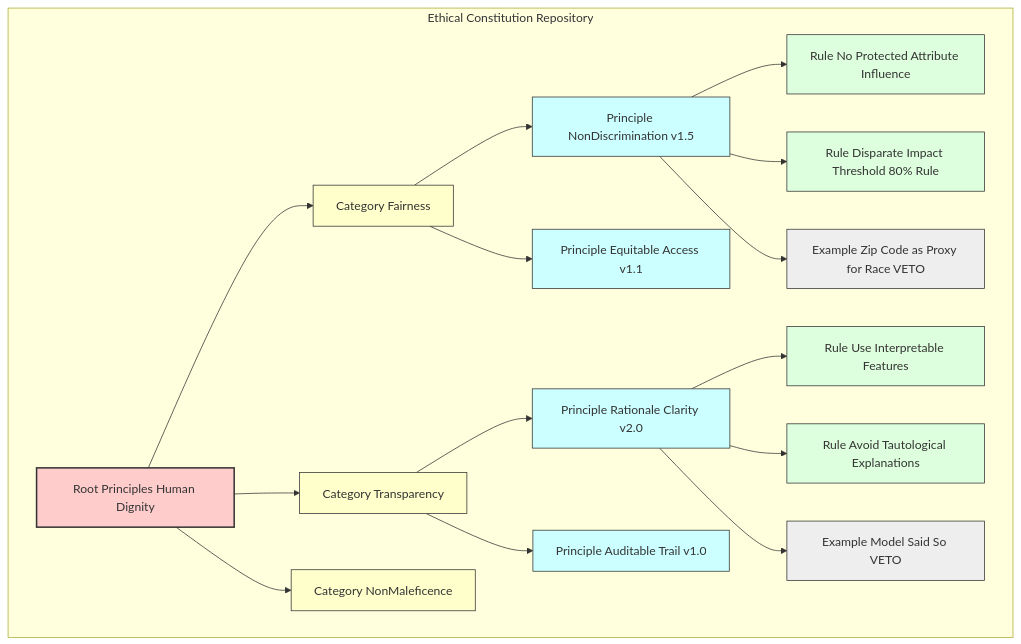
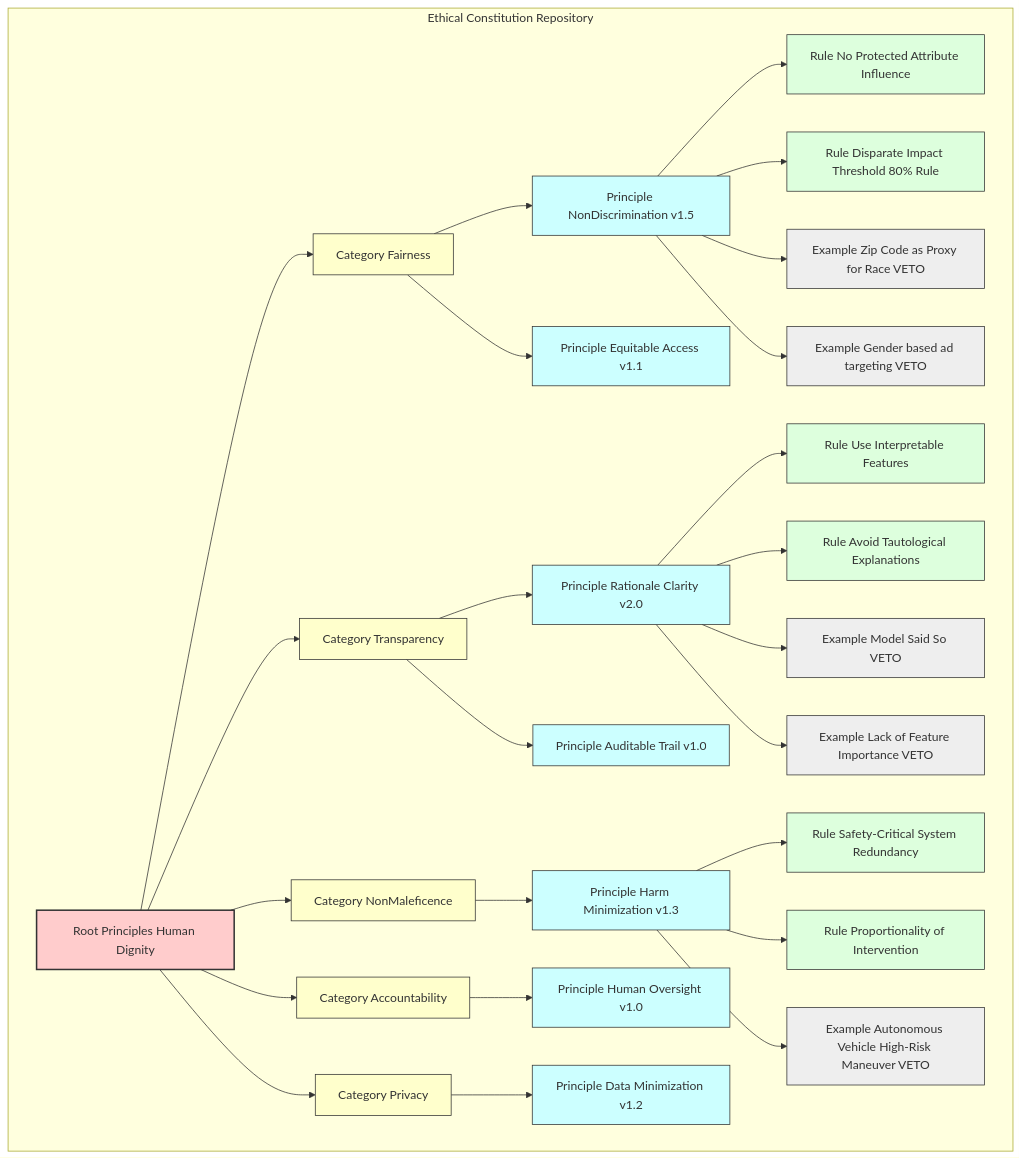
The seventh of 10 diagrams in inventions/026_ethical_governor_for_ai_systems.md (diplomat-bit/Citibank_Demo_Business_Inc_Demonstration-), drawn with Mermaid before and after one commit. The commit also changed other lines of this file, not shown here.

````diff
--- a/inventions/026_ethical_governor_for_ai_systems.md
+++ b/inventions/026_ethical_governor_for_ai_systems.md
@@ -391,36 +407,57 @@
 ```mermaid
 graph TD
     subgraph Ethical Constitution Repository
         ECR_ROOT[Root Principles Human Dignity] --> ECR_CAT1[Category Fairness]
         ECR_ROOT --> ECR_CAT2[Category Transparency]
         ECR_ROOT --> ECR_CAT3[Category NonMaleficence]
+        ECR_ROOT --> ECR_CAT4[Category Accountability]
+        ECR_ROOT --> ECR_CAT5[Category Privacy]
 
         ECR_CAT1 --> ECR_P1_1[Principle NonDiscrimination v1.5]
         ECR_CAT1 --> ECR_P1_2[Principle Equitable Access v1.1]
         ECR_CAT2 --> ECR_P2_1[Principle Rationale Clarity v2.0]
         ECR_CAT2 --> ECR_P2_2[Principle Auditable Trail v1.0]
+        ECR_CAT3 --> ECR_P3_1[Principle Harm Minimization v1.3]
+        ECR_CAT4 --> ECR_P4_1[Principle Human Oversight v1.0]
+        ECR_CAT5 --> ECR_P5_1[Principle Data Minimization v1.2]
 
         ECR_P1_1 --> ECR_R1_1_1[Rule No Protected Attribute Influence]
         ECR_P1_1 --> ECR_R1_1_2[Rule Disparate Impact Threshold 80% Rule]
         ECR_P1_1 --> ECR_EG1_1_1[Example Zip Code as Proxy for Race VETO]
+        ECR_P1_1 --> ECR_EG1_1_2[Example Gender based ad targeting VETO]
 
         ECR_P2_1 --> ECR_R2_1_1[Rule Use Interpretable Features]
         ECR_P2_1 --> ECR_R2_1_2[Rule Avoid Tautological Explanations]
         ECR_P2_1 --> ECR_EG2_1_1[Example Model Said So VETO]
+        ECR_P2_1 --> ECR_EG2_1_2[Example Lack of Feature Importance VETO]
+
+        ECR_P3_1 --> ECR_R3_1_1[Rule Safety-Critical System Redundancy]
+        ECR_P3_1 --> ECR_R3_1_2[Rule Proportionality of Intervention]
+        ECR_P3_1 --> ECR_EG3_1_1[Example Autonomous Vehicle High-Risk Maneuver VETO]
 
         style ECR_ROOT fill:#fcc,stroke:#333,stroke-width:2px
         style ECR_CAT1 fill:#ffc,stroke:#333
         style ECR_CAT2 fill:#ffc,stroke:#333
         style ECR_CAT3 fill:#ffc,stroke:#333
+        style ECR_CAT4 fill:#ffc,stroke:#333
+        style ECR_CAT5 fill:#ffc,stroke:#333
         style ECR_P1_1 fill:#cff,stroke:#333
         style ECR_P1_2 fill:#cff,stroke:#333
         style ECR_P2_1 fill:#cff,stroke:#333
         style ECR_P2_2 fill:#cff,stroke:#333
+        style ECR_P3_1 fill:#cff,stroke:#333
+        style ECR_P4_1 fill:#cff,stroke:#333
+        style ECR_P5_1 fill:#cff,stroke:#333
         style ECR_R1_1_1 fill:#dfd,stroke:#333
         style ECR_R1_1_2 fill:#dfd,stroke:#333
         style ECR_EG1_1_1 fill:#eee,stroke:#333
+        style ECR_EG1_1_2 fill:#eee,stroke:#333
         style ECR_R2_1_1 fill:#dfd,stroke:#333
         style ECR_R2_1_2 fill:#dfd,stroke:#333
         style ECR_EG2_1_1 fill:#eee,stroke:#333
+        style ECR_EG2_1_2 fill:#eee,stroke:#333
+        style ECR_R3_1_1 fill:#dfd,stroke:#333
+        style ECR_R3_1_2 fill:#dfd,stroke:#333
+        style ECR_EG3_1_1 fill:#eee,stroke:#333
     end
 ```
````
